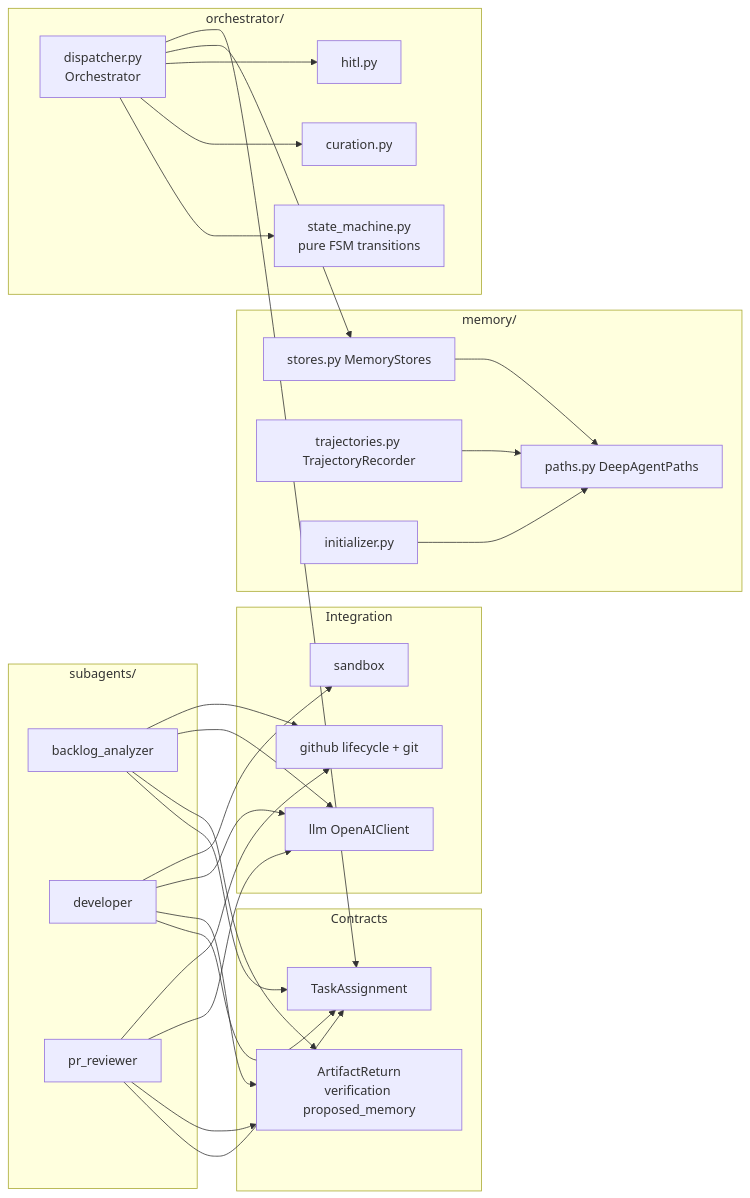
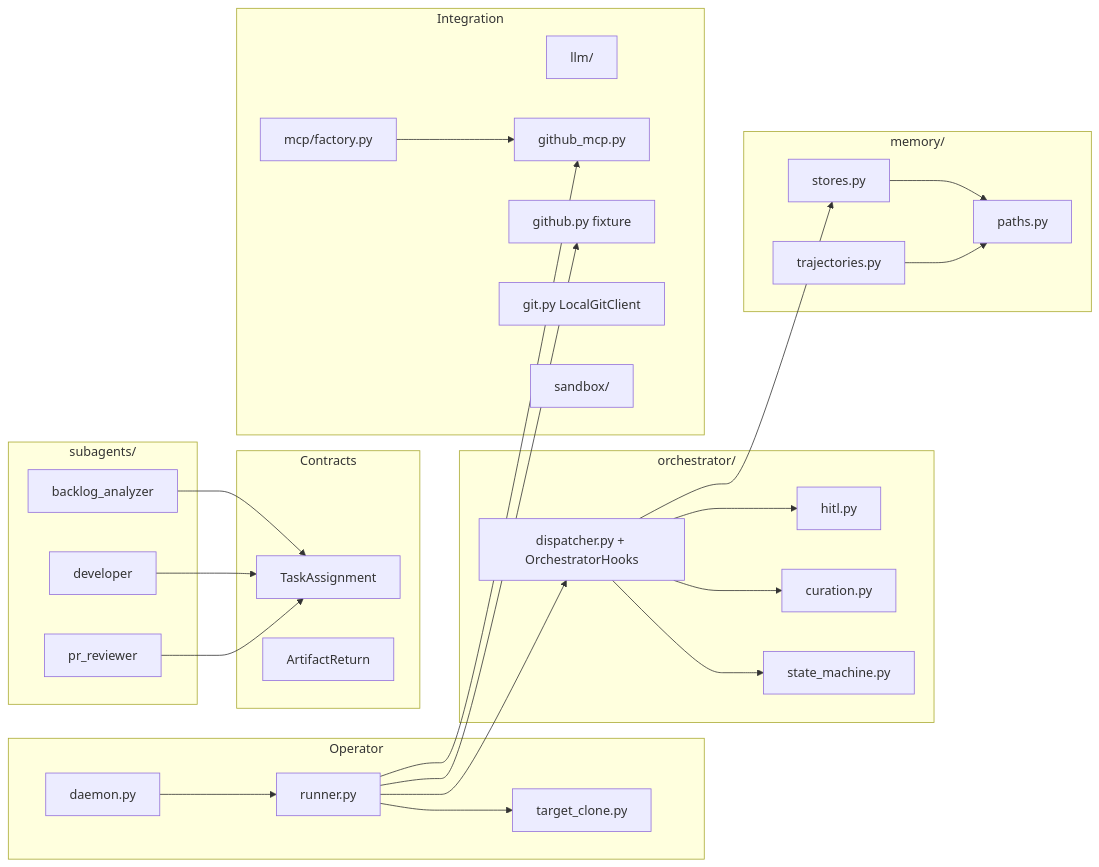
Before and after one commit to madeehrehman/sdlc_agent: the fifth of 10 diagrams in system-design.md, drawn with Mermaid. The commit also changed other lines of this file and 1 other file, not shown here.

First line of the commit message:
feat: enhance architecture and system design documentation

````diff
--- a/system-design.md
+++ b/system-design.md
@@ -87,56 +191,57 @@
 ```mermaid
 flowchart LR
+  subgraph Operator
+    RUN2[runner.py]
+    DMN2[daemon.py]
+    TC[target_clone.py]
+  end
+
   subgraph Contracts
-    TA["TaskAssignment"]
-    AR["ArtifactReturn<br/>verification proposed_memory"]
+    TA[TaskAssignment]
+    AR[ArtifactReturn]
   end
 
   subgraph Orchestrator_pkg["orchestrator/"]
-    SM["state_machine.py<br/>pure FSM transitions"]
-    DP["dispatcher.py<br/>Orchestrator"]
-    CU["curation.py"]
-    HI["hitl.py"]
+    SM[state_machine.py]
+    DP[dispatcher.py + OrchestratorHooks]
+    CU[curation.py]
+    HI[hitl.py]
   end
 
   subgraph Memory_pkg["memory/"]
-    PTH["paths.py DeepAgentPaths"]
-    STO["stores.py MemoryStores"]
-    TRK["trajectories.py TrajectoryRecorder"]
-    INI["initializer.py"]
+    PTH[paths.py]
+    STO[stores.py]
+    TRK[trajectories.py]
   end
 
   subgraph Integration
-    LLM["llm OpenAIClient"]
-    MCP["github lifecycle + git"]
-    SBX["sandbox"]
+    LLM[llm/]
+    GHF[github.py fixture]
+    GHM[github_mcp.py]
+    FAC[mcp/factory.py]
+    GIT2[git.py LocalGitClient]
+    SBX2[sandbox/]
   end
 
   subgraph Workers["subagents/"]
     BA2[backlog_analyzer]
     DV2[developer]
     PR2[pr_reviewer]
   end
 
+  RUN2 --> TC
+  DMN2 --> RUN2
+  RUN2 --> DP
+  RUN2 --> GHF
+  RUN2 --> GHM
+  FAC --> GHM
   DP --> SM
   DP --> CU
   DP --> HI
   DP --> STO
-  DP --> TA
   BA2 --> TA
   DV2 --> TA
   PR2 --> TA
-  BA2 --> AR
-  DV2 --> AR
-  PR2 --> AR
-
   STO --> PTH
   TRK --> PTH
-  INI --> PTH
-
-  BA2 --> LLM
-  DV2 --> LLM
-  PR2 --> LLM
-  BA2 --> MCP
-  PR2 --> MCP
-  DV2 --> SBX
 ```
````
